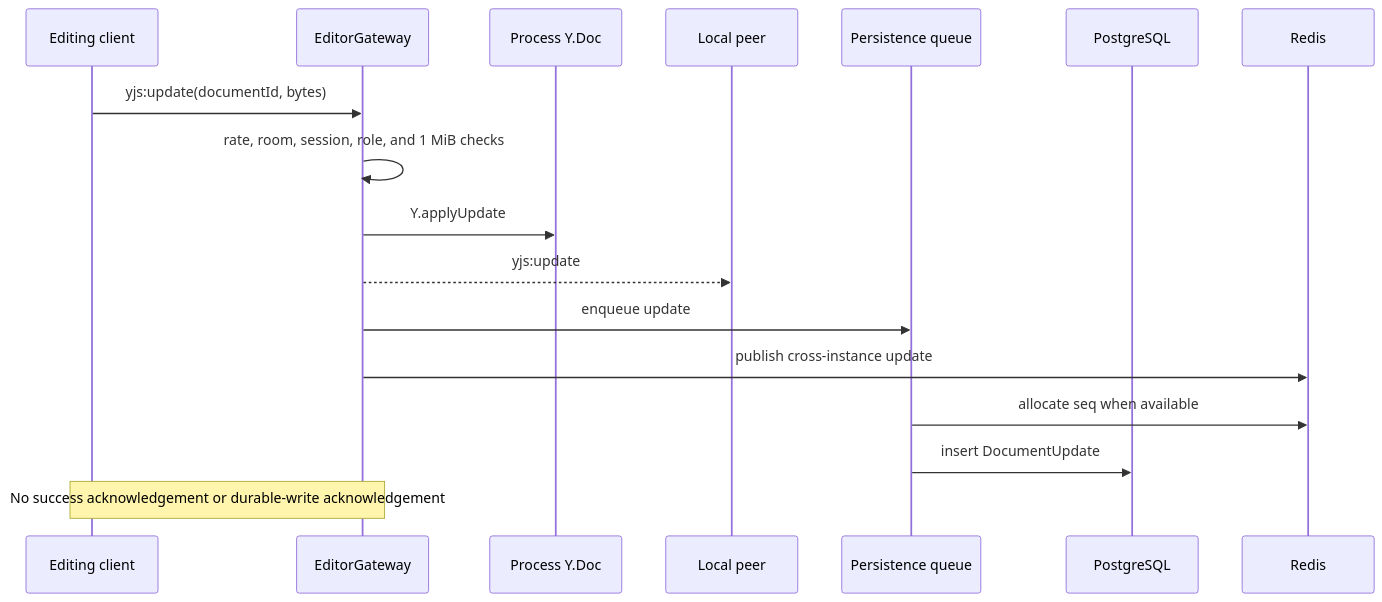
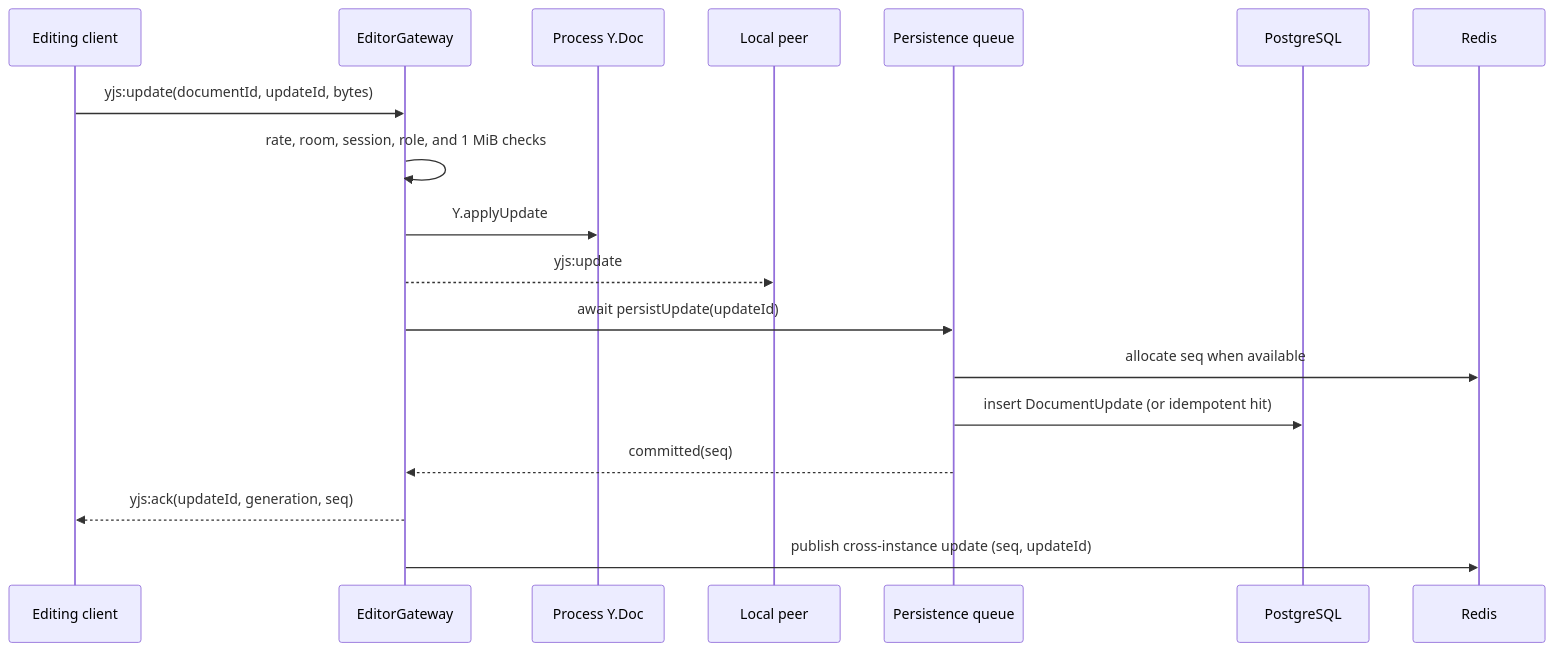
Before and after one commit to santinomarial/Meridian: the sixth of 6 diagrams in docs/architecture.md, drawn with Mermaid. The commit also changed other lines of this file and 119 other files, not shown here.

````diff
--- a/docs/architecture.md
+++ b/docs/architecture.md
@@ -610,20 +604,21 @@
 ```mermaid
 sequenceDiagram
     participant Sender as Editing client
     participant Gateway as EditorGateway
     participant Doc as Process Y.Doc
     participant Peer as Local peer
     participant Persist as Persistence queue
     participant Pg as PostgreSQL
     participant Redis as Redis
 
-    Sender->>Gateway: yjs:update(documentId, bytes)
+    Sender->>Gateway: yjs:update(documentId, updateId, bytes)
     Gateway->>Gateway: rate, room, session, role, and 1 MiB checks
     Gateway->>Doc: Y.applyUpdate
     Gateway-->>Peer: yjs:update
-    Gateway->>Persist: enqueue update
-    Gateway->>Redis: publish cross-instance update
+    Gateway->>Persist: await persistUpdate(updateId)
     Persist->>Redis: allocate seq when available
-    Persist->>Pg: insert DocumentUpdate
-    Note over Sender,Gateway: No success acknowledgement or durable-write acknowledgement
+    Persist->>Pg: insert DocumentUpdate (or idempotent hit)
+    Persist-->>Gateway: committed(seq)
+    Gateway-->>Sender: yjs:ack(updateId, generation, seq)
+    Gateway->>Redis: publish cross-instance update (seq, updateId)
 ```
````
